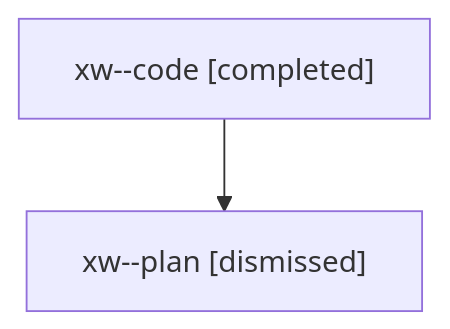
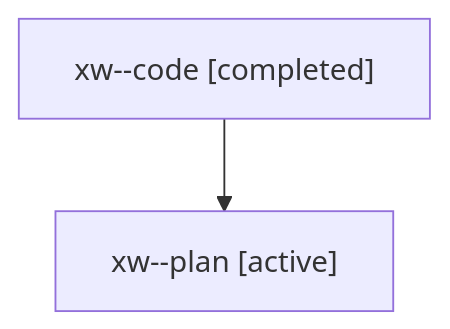
One commit to sase-org/sase--agents changed the diagram in families/bbugyi200.athena.xw.md. Above: the diagram before and after it, drawn with Mermaid. The commit also changed other lines of this file and 35830 other files, not shown here.

````diff
--- a/families/bbugyi200.athena.xw.md
+++ b/families/bbugyi200.athena.xw.md
@@ -9,6 +9,6 @@
 ```mermaid
 flowchart TD
   n0["xw--code [completed]"]
-  n1["xw--plan [dismissed]"]
+  n1["xw--plan [active]"]
   n0 --> n1
 ```
````
